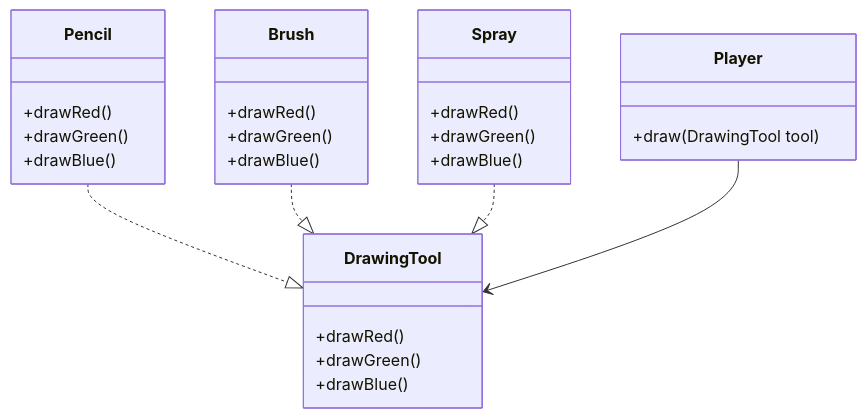
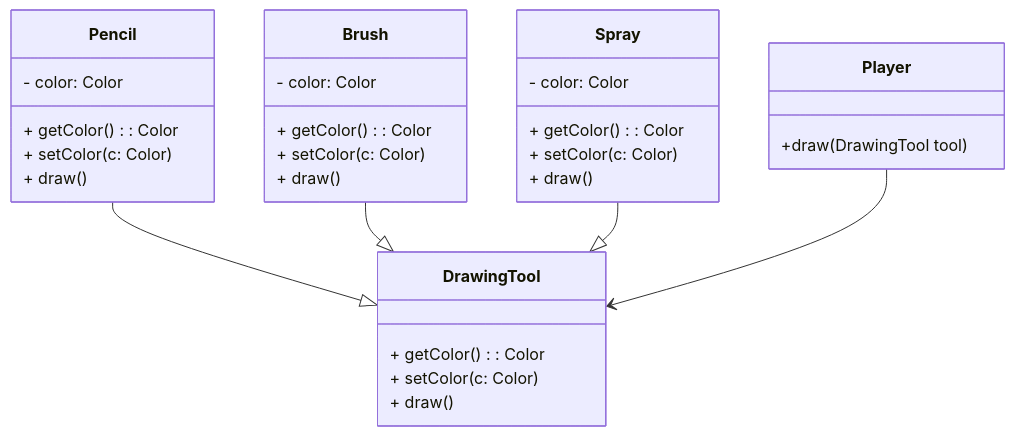
Before and after one commit to nbicocchi/learn-java-core: the third of 10 diagrams in slides/E3.3 - Java Classes (Interfaces, abstract classes).md, drawn with Mermaid. The commit also changed other lines of this file, not shown here.

````diff
--- a/slides/E3.3 - Java Classes (Interfaces, abstract classes).md
+++ b/slides/E3.3 - Java Classes (Interfaces, abstract classes).md
@@ -76,35 +77,38 @@
 ```mermaid
 classDiagram
     class DrawingTool {
-        +drawRed()
-        +drawGreen()
-        +drawBlue()
+       + getColor(): Color
+       + setColor(c: Color)
+       + draw()
     }
 
     class Pencil {
-        +drawRed()
-        +drawGreen()
-        +drawBlue()
+       - color: Color
+       + getColor(): Color
+       + setColor(c: Color)
+       + draw()
     }
 
     class Brush {
-        +drawRed()
-        +drawGreen()
-        +drawBlue()
+       - color: Color
+       + getColor(): Color
+       + setColor(c: Color)
+       + draw()
     }
 
     class Spray {
-        +drawRed()
-        +drawGreen()
-        +drawBlue()
+       - color: Color
+       + getColor(): Color
+       + setColor(c: Color)
+       + draw()
     }
 
     class Player {
         +draw(DrawingTool tool)
     }
 
-    Pencil ..|> DrawingTool
-    Brush ..|> DrawingTool
-    Spray ..|> DrawingTool
+    Pencil --|> DrawingTool
+    Brush --|> DrawingTool
+    Spray --|> DrawingTool
     Player --> DrawingTool
 ```
````
